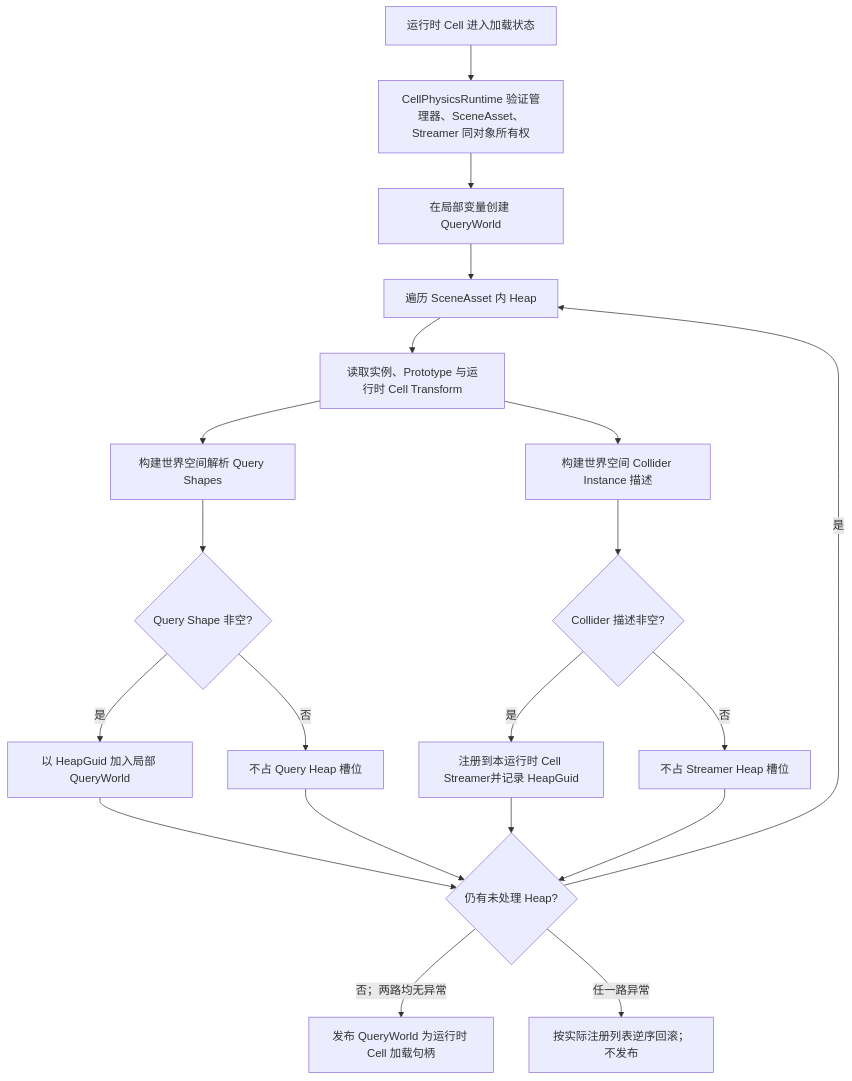
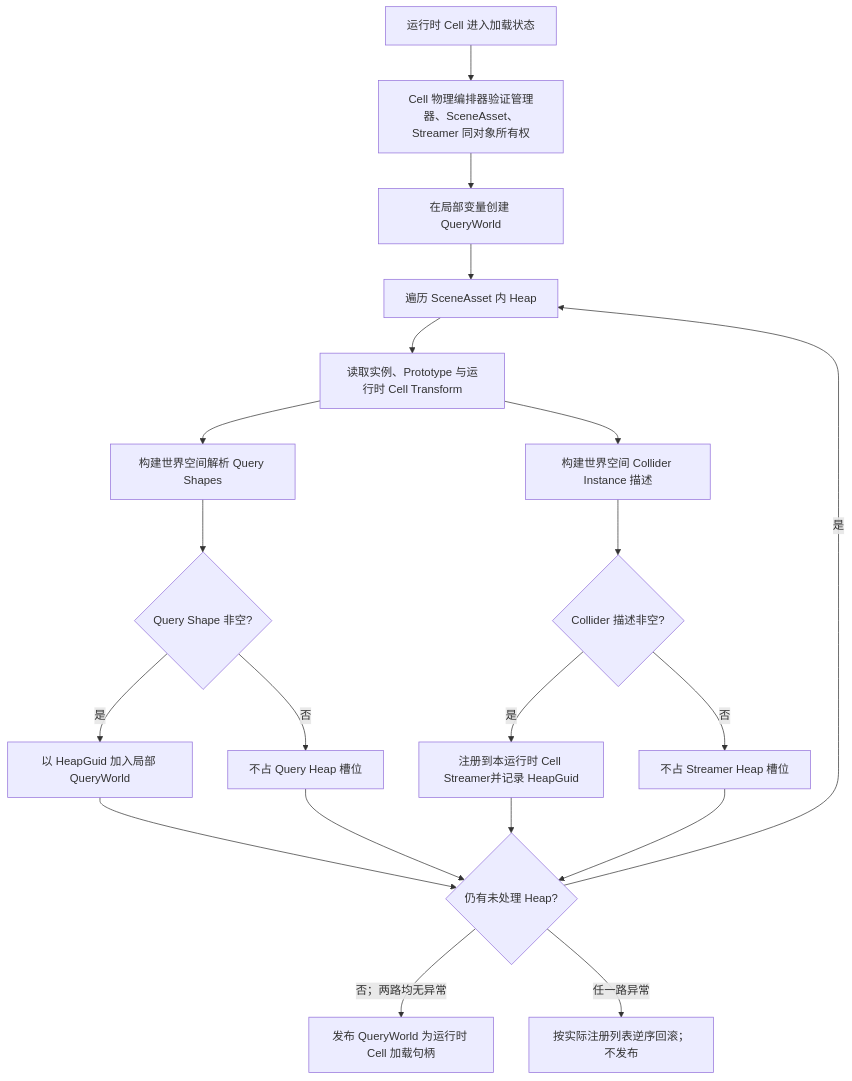
One commit to KTSAMA001/AgentSkill-Akasha-KT changed the first of 3 diagrams in data/unity-vegetation-multi-cell-physics-streaming.md. Above: the diagram before and after it, drawn with Mermaid. The commit also changed other lines of this file and 15 other files, not shown here.

````diff
--- a/data/unity-vegetation-multi-cell-physics-streaming.md
+++ b/data/unity-vegetation-multi-cell-physics-streaming.md
@@ -73,22 +77,22 @@
 ```mermaid
 flowchart TD
-    A[运行时 Cell 进入加载状态] --> B[CellPhysicsRuntime 验证管理器、SceneAsset、Streamer 同对象所有权]
+    A[运行时 Cell 进入加载状态] --> B[Cell 物理编排器验证管理器、SceneAsset、Streamer 同对象所有权]
     B --> C[在局部变量创建 QueryWorld]
     C --> D[遍历 SceneAsset 内 Heap]
     D --> E[读取实例、Prototype 与运行时 Cell Transform]
     E --> F[构建世界空间解析 Query Shapes]
     E --> G[构建世界空间 Collider Instance 描述]
     F --> H{Query Shape 非空?}
     H -- 是 --> I[以 HeapGuid 加入局部 QueryWorld]
     H -- 否 --> J[不占 Query Heap 槽位]
     G --> K{Collider 描述非空?}
     K -- 是 --> L[注册到本运行时 Cell Streamer并记录 HeapGuid]
     K -- 否 --> M[不占 Streamer Heap 槽位]
     I --> R{仍有未处理 Heap?}
     J --> R
     L --> R
     M --> R
     R -- 是 --> D
     R -- 否；两路均无异常 --> N[发布 QueryWorld 为运行时 Cell 加载句柄]
     R -- 任一路异常 --> X[按实际注册列表逆序回滚；不发布]
 ```
````
